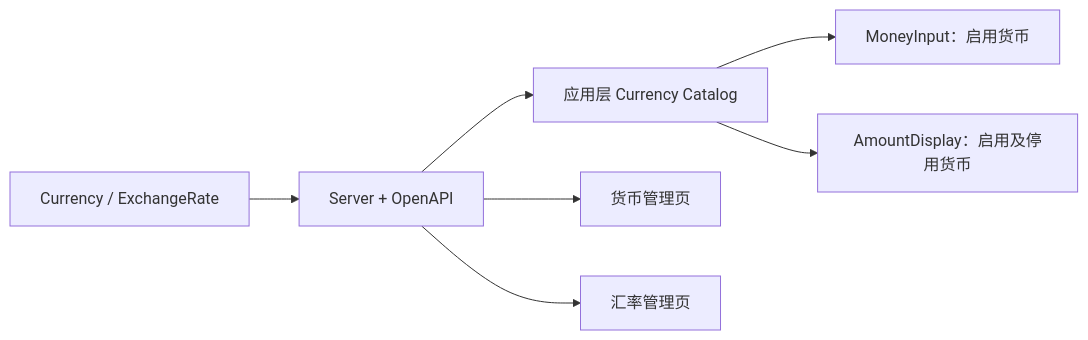
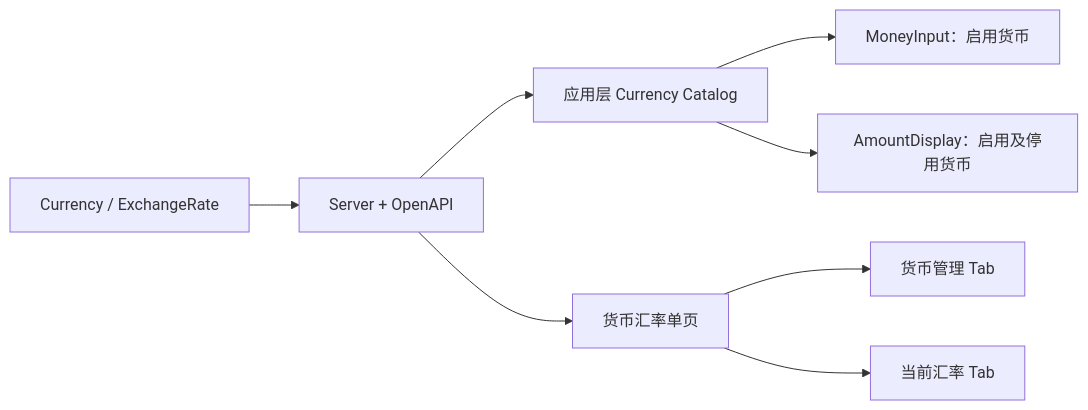
The diagram in specs/system-currency-management/design.md (SilnoGM/QIANSHU-DMS), drawn with Mermaid before and after one commit. The commit also changed other lines of this file and 13 other files, not shown here.

````diff
--- a/specs/system-currency-management/design.md
+++ b/specs/system-currency-management/design.md
@@ -15,9 +15,10 @@
 ```mermaid
 flowchart LR
     DB["Currency / ExchangeRate"] --> API["Server + OpenAPI"]
     API --> Catalog["应用层 Currency Catalog"]
     Catalog --> Input["MoneyInput：启用货币"]
     Catalog --> Display["AmountDisplay：启用及停用货币"]
-    API --> CurrencyPage["货币管理页"]
-    API --> RatePage["汇率管理页"]
+    API --> ManagementPage["货币汇率单页"]
+    ManagementPage --> CurrencyPanel["货币管理 Tab"]
+    ManagementPage --> RatePanel["当前汇率 Tab"]
 ```
````
